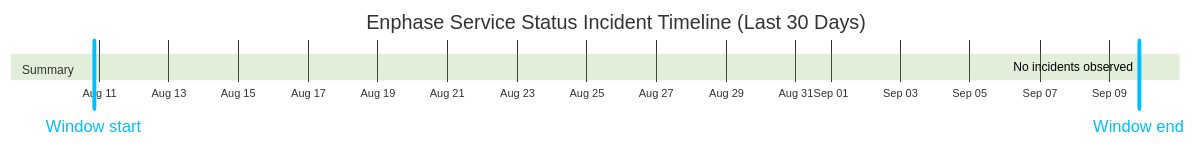
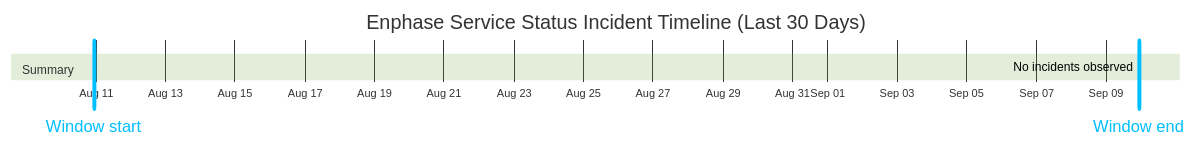
The diagram in wiki/Service-Status-History.md (barneyonline/ha-enphase-energy), drawn with Mermaid (forest theme) before and after one commit. The commit also changed other lines of this file and 3 other files, not shown here.

````diff
--- a/wiki/Service-Status-History.md
+++ b/wiki/Service-Status-History.md
@@ -14,10 +14,10 @@
 ```mermaid
 gantt
     title Enphase Service Status Incident Timeline (Last 30 Days)
     dateFormat  YYYY-MM-DDTHH:mm:ss
     axisFormat  %b %d
-    Window start :vert, window-start, 2026-08-10T20:26:25, 0ms
-    Window end :vert, window-end, 2026-09-09T20:26:25, 0ms
+    Window start :vert, window-start, 2026-08-10T22:41:16, 0ms
+    Window end :vert, window-end, 2026-09-09T22:41:16, 0ms
     section Summary
-    No incidents observed :done, 2026-09-09T20:26:25, 1m
+    No incidents observed :done, 2026-09-09T22:41:16, 1m
 ```
````
